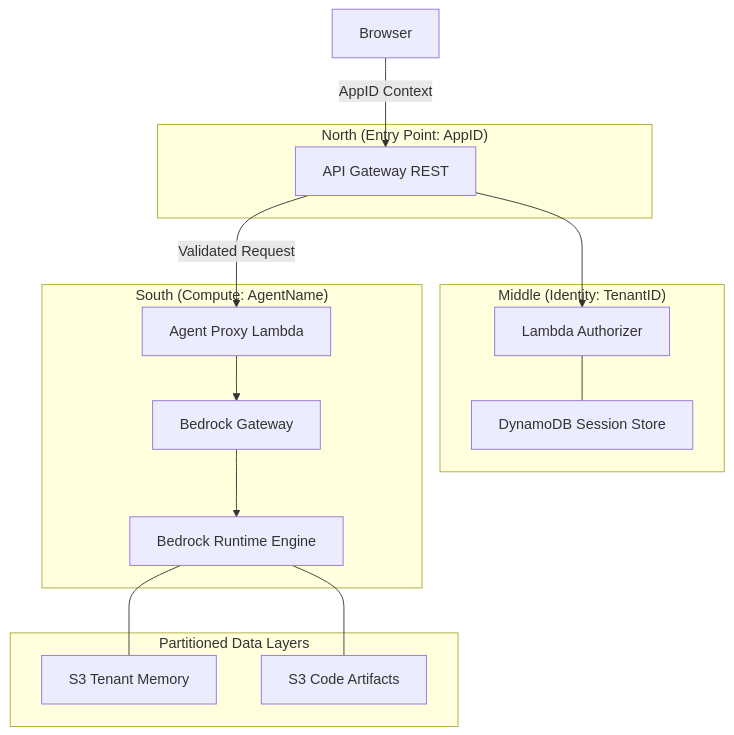
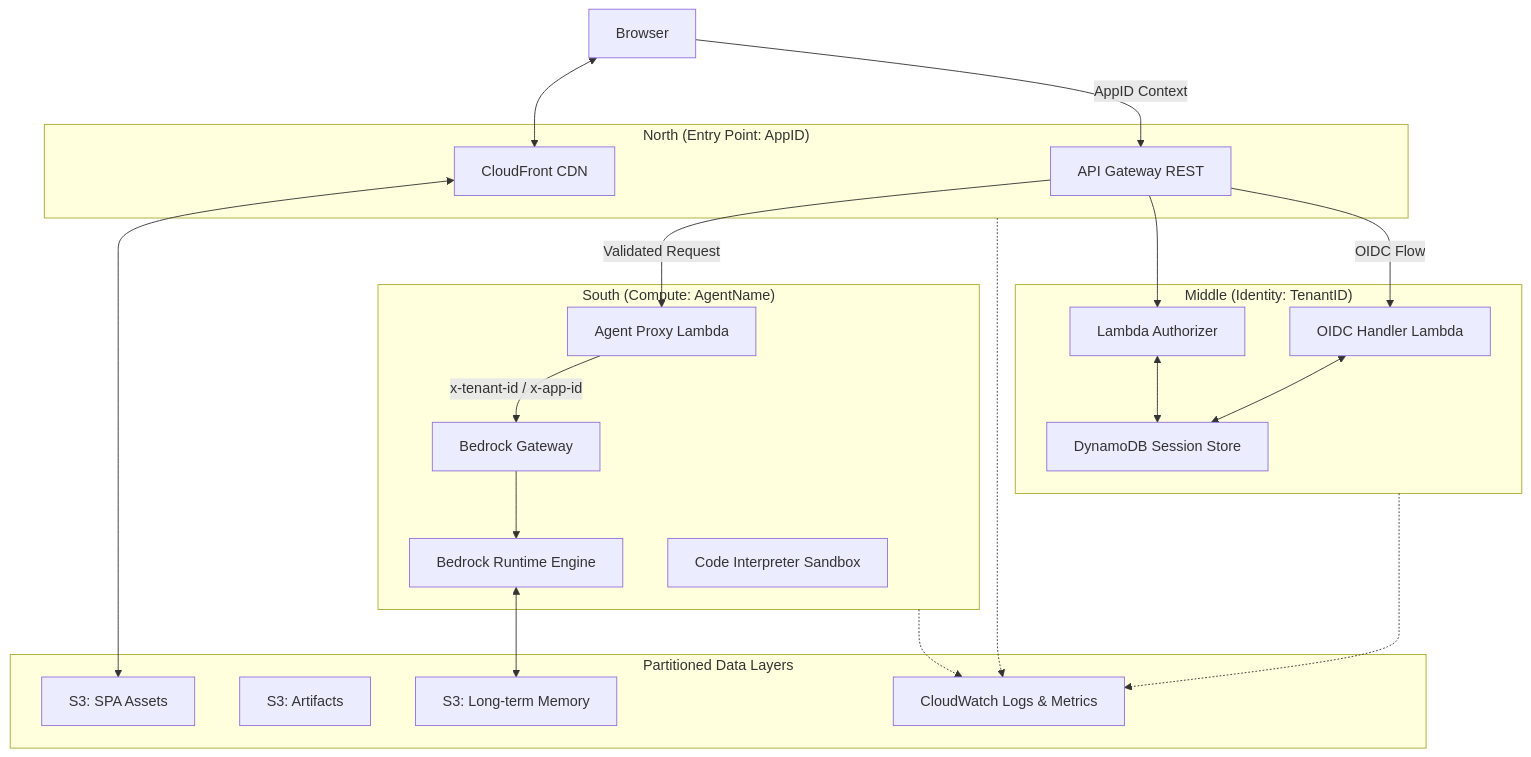
One commit to j3brns/tf-harness-acore changed the first of 2 diagrams in README.md. Above: the diagram before and after it, drawn with Mermaid. The commit also changed other lines of this file, not shown here.

````diff
--- a/README.md
+++ b/README.md
@@ -22,31 +35,42 @@
 ```mermaid
 graph TD
     subgraph North["North (Entry Point: AppID)"]
+        CF["CloudFront CDN"]
         APIGW["API Gateway REST"]
     end
 
     subgraph Middle["Middle (Identity: TenantID)"]
+        LAuth["OIDC Handler Lambda"]
         LAuthorizer["Lambda Authorizer"]
         DDB["DynamoDB Session Store"]
     end
 
     subgraph South["South (Compute: AgentName)"]
         LProxy["Agent Proxy Lambda"]
         BGateway["Bedrock Gateway"]
         BRuntime["Bedrock Runtime Engine"]
+        BSandbox["Code Interpreter Sandbox"]
     end
 
     subgraph Storage["Partitioned Data Layers"]
-        S3Memory["S3 Tenant Memory"]
-        S3Deploy["S3 Code Artifacts"]
+        S3SPA["S3: SPA Assets"]
+        S3Deploy["S3: Artifacts"]
+        S3Memory["S3: Long-term Memory"]
+        CW["CloudWatch Logs & Metrics"]
     end
 
-    Browser["Browser"] -- "AppID Context" --> APIGW
+    Browser["Browser"] <--> CF
+    CF <--> S3SPA
+    Browser -- "AppID Context" --> APIGW
     APIGW --> LAuthorizer
-    LAuthorizer --- DDB
+    LAuthorizer <--> DDB
+    APIGW -- "OIDC Flow" --> LAuth
+    LAuth <--> DDB
     APIGW -- "Validated Request" --> LProxy
-    LProxy --> BGateway
+    LProxy -- "x-tenant-id / x-app-id" --> BGateway
     BGateway --> BRuntime
-    BRuntime --- S3Memory
-    BRuntime --- S3Deploy
+    BRuntime <--> S3Memory
+    South -.-> CW
+    North -.-> CW
+    Middle -.-> CW
 ```
````
